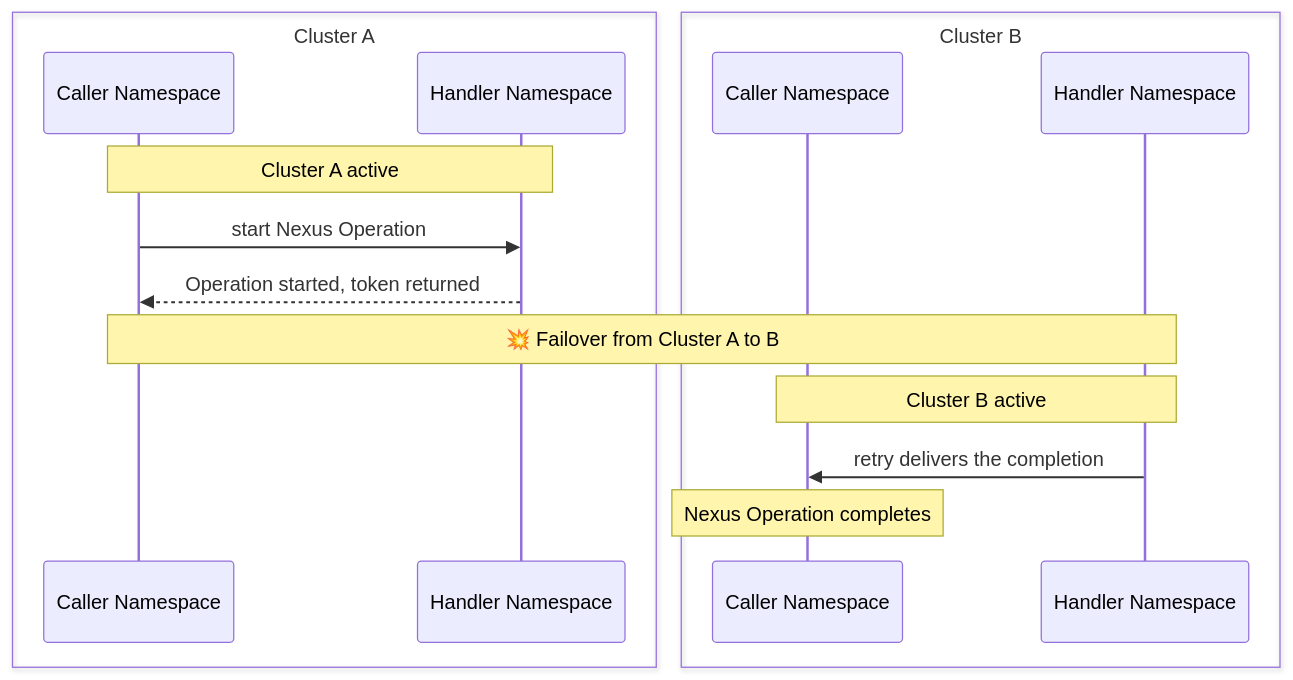
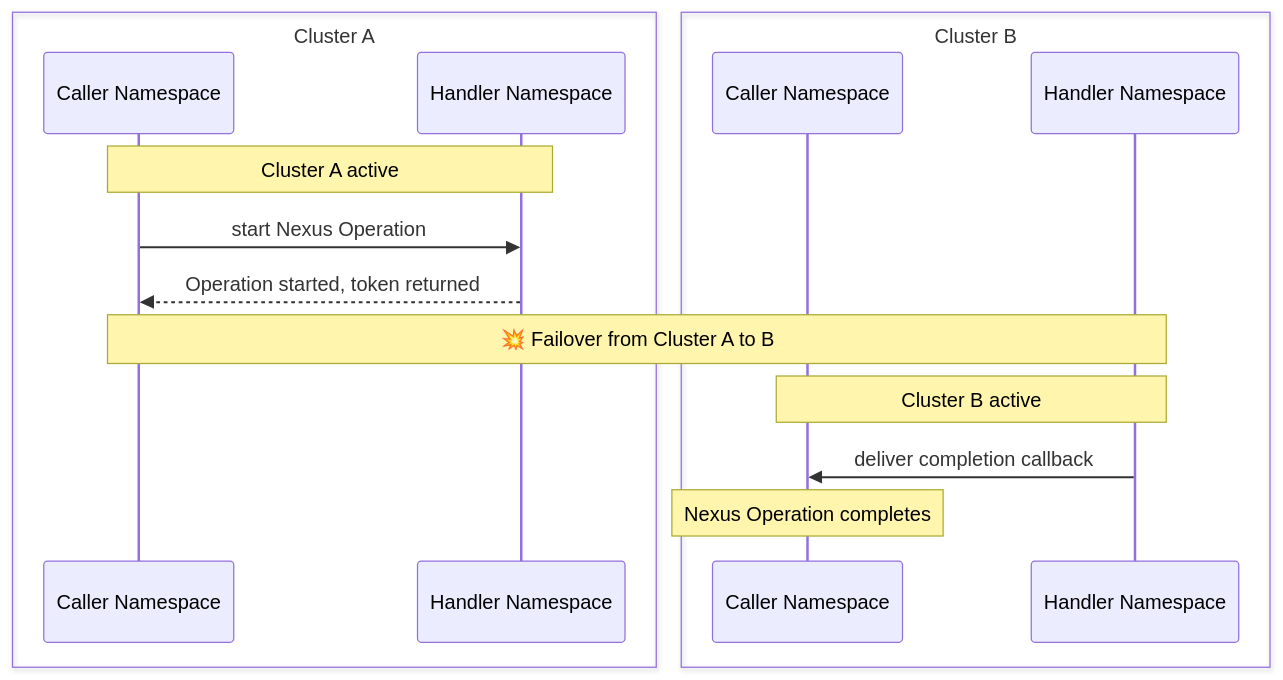
Before and after one commit to temporalio/documentation: the diagram in docs/production-deployment/self-hosted-guide/temporal-nexus.mdx, drawn with Mermaid.

````diff
--- a/docs/production-deployment/self-hosted-guide/temporal-nexus.mdx
+++ b/docs/production-deployment/self-hosted-guide/temporal-nexus.mdx
@@ -132,18 +132,18 @@
 ```mermaid
 sequenceDiagram
     box Cluster A
     participant caA as Caller Namespace
     participant haA as Handler Namespace
     end
     box Cluster B
     participant caB as Caller Namespace
     participant haB as Handler Namespace
     end
     Note over caA,haA: Cluster A active
     caA->>haA: start Nexus Operation
     haA-->>caA: Operation started, token returned
     Note over caA,haB: 💥 Failover from Cluster A to B
     Note over caB,haB: Cluster B active
-    haB->>caB: retry delivers the completion
+    haB->>caB: deliver completion callback
     Note over caB: Nexus Operation completes
 ```
````
